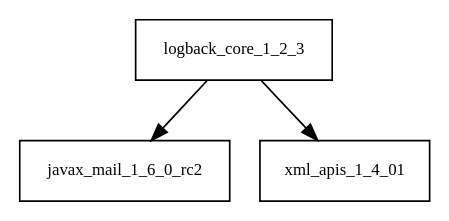
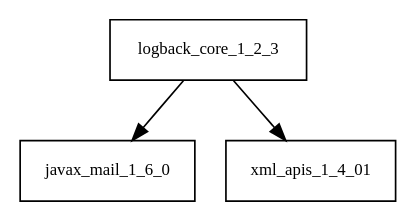
Before and after one commit to AglaianWoman/cia: the diagram in tattleTaleReport/graphviz/logback-core-1.2.3.jar/logback-core-1.2.3.jar.dot, drawn with Graphviz. The commit also changed 2443 other files, not shown here.

```diff
--- a/tattleTaleReport/graphviz/logback-core-1.2.3.jar/logback-core-1.2.3.jar.dot
+++ b/tattleTaleReport/graphviz/logback-core-1.2.3.jar/logback-core-1.2.3.jar.dot
@@ -1,5 +1,5 @@
 digraph logback_core_1_2_3_dependencies {
   node [shape = box, fontsize=10.0];
-  logback_core_1_2_3 -> javax_mail_1_6_0_rc2;
+  logback_core_1_2_3 -> javax_mail_1_6_0;
   logback_core_1_2_3 -> xml_apis_1_4_01;
 }
```
